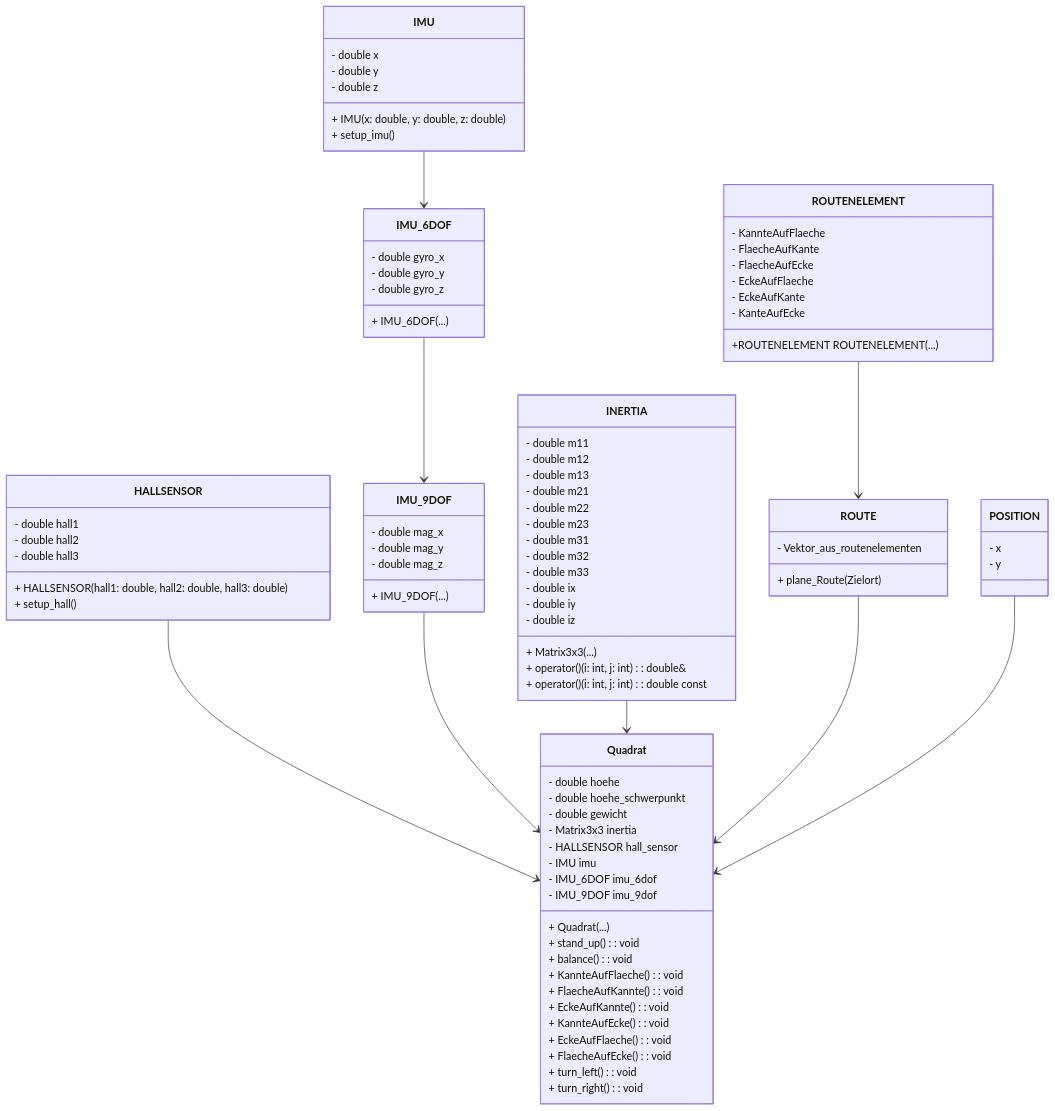
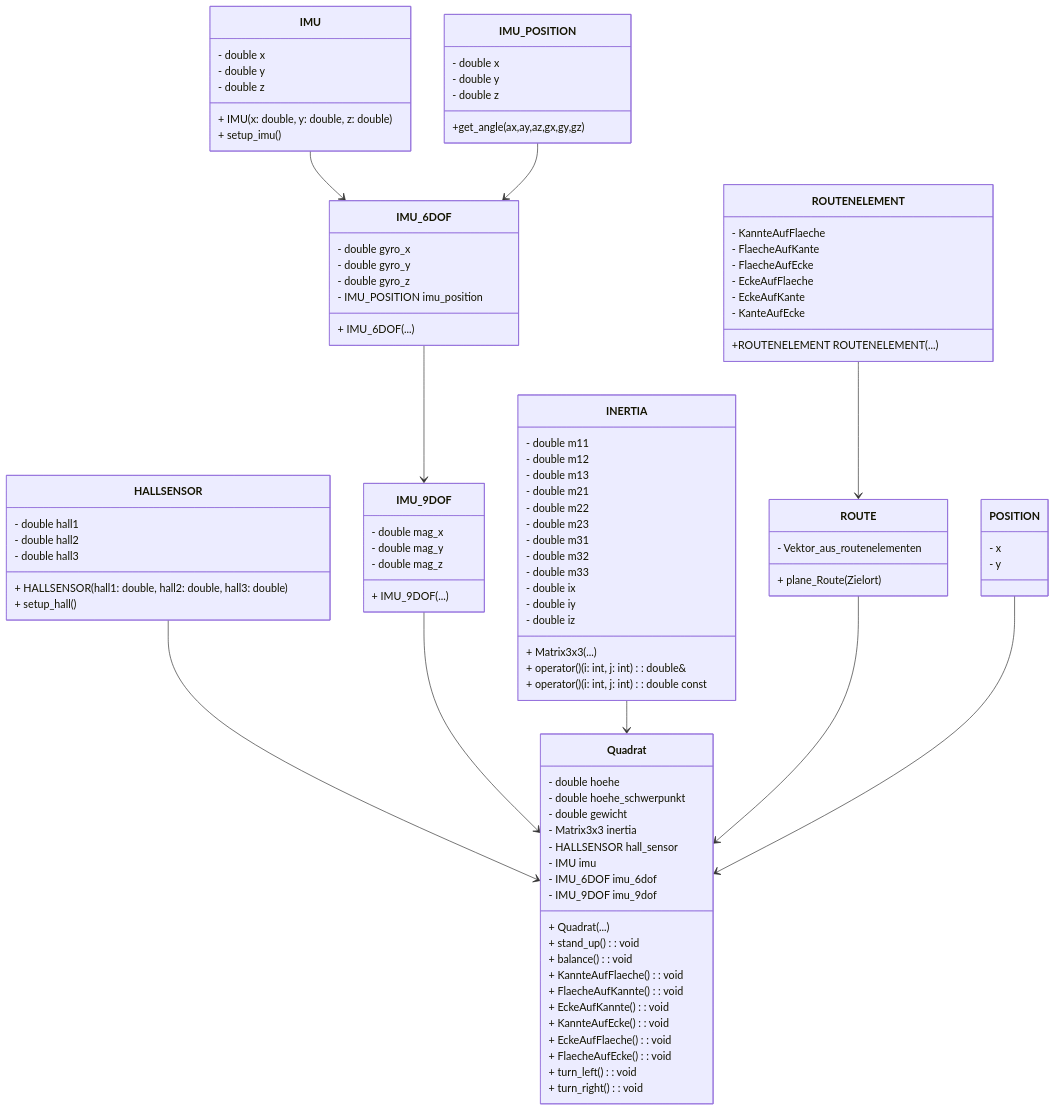
The diagram in readme.md (dafiiit/BotTUM), drawn with Mermaid before and after one commit. The commit also changed 4 other files, not shown here.

````diff
--- a/readme.md
+++ b/readme.md
@@ -87,6 +87,7 @@
         - double gyro_x
         - double gyro_y
         - double gyro_z
+        - IMU_POSITION imu_position
         + IMU_6DOF(...)
     }
 
@@ -97,6 +98,13 @@
         + IMU_9DOF(...)
     }
 
+    class IMU_POSITION{
+        %%positionierung der IMU6DOF/9DOF relativ zum Zentrum des Würfels
+        - double x
+        - double y
+        - double z
+        +get_angle(ax,ay,az,gx,gy,gz)
+    }
     
 
     IMU --> IMU_6DOF 
@@ -107,5 +115,6 @@
     ROUTENELEMENT --> ROUTE
     ROUTE --> Quadrat
     POSITION --> Quadrat
+    IMU_POSITION --> IMU_6DOF
 
 ```
````
